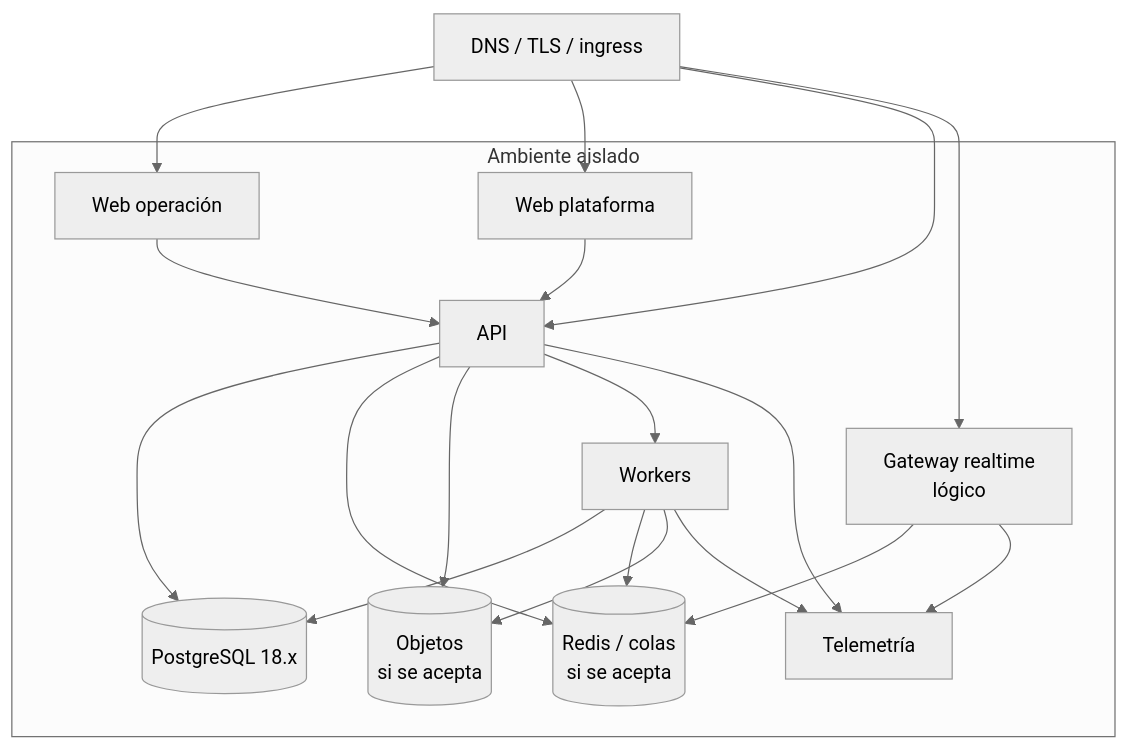
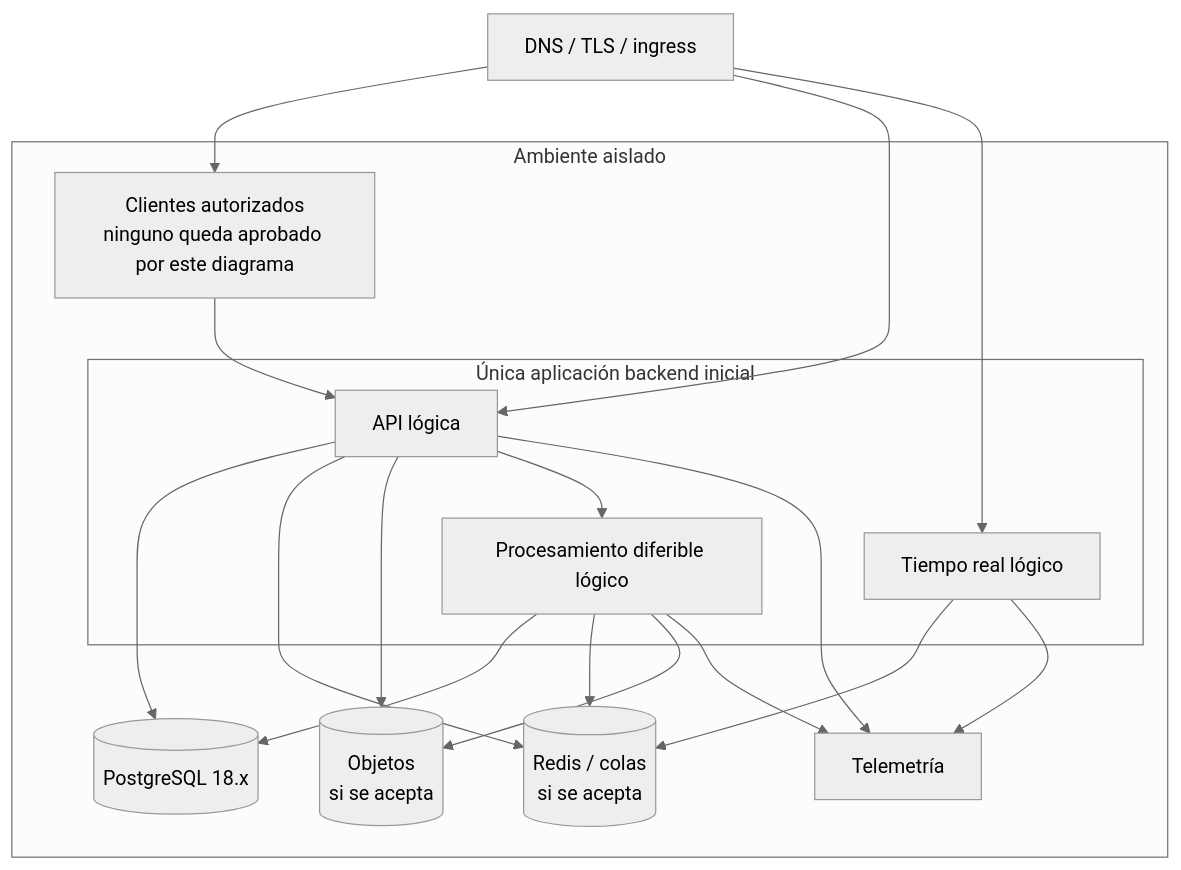
Before and after one commit to luisgtzaviles/SrTaller-2.0: the first of 2 diagrams in docs/architecture/DEPLOYMENT_STRATEGY.md, drawn with Mermaid (neutral theme). The commit also changed other lines of this file and 35 other files, not shown here.

````diff
--- a/docs/architecture/DEPLOYMENT_STRATEGY.md
+++ b/docs/architecture/DEPLOYMENT_STRATEGY.md
@@ -28,34 +29,33 @@
 ```mermaid
 flowchart TB
     DNS[DNS / TLS / ingress]
 
     subgraph Env[Ambiente aislado]
-        Workshop[Web operación]
-        Platform[Web plataforma]
-        API[API]
-        Worker[Workers]
-        RT[Gateway realtime\nlógico]
+        Clients[Clientes autorizados\nninguno queda aprobado por este diagrama]
+        subgraph Backend[Única aplicación backend inicial]
+            API[API lógica]
+            Worker[Procesamiento diferible lógico]
+            RT[Tiempo real lógico]
+        end
         PG[(PostgreSQL 18.x)]
         Redis[(Redis / colas\nsi se acepta)]
         S3[(Objetos\nsi se acepta)]
         Telemetry[Telemetría]
     end
 
-    DNS --> Workshop
-    DNS --> Platform
+    DNS --> Clients
     DNS --> API
     DNS --> RT
-    Workshop --> API
-    Platform --> API
+    Clients --> API
     API --> PG
     API --> Redis
     API --> S3
     API --> Worker
     Worker --> PG
     Worker --> Redis
     Worker --> S3
     RT --> Redis
     API --> Telemetry
     Worker --> Telemetry
     RT --> Telemetry
 ```
````
